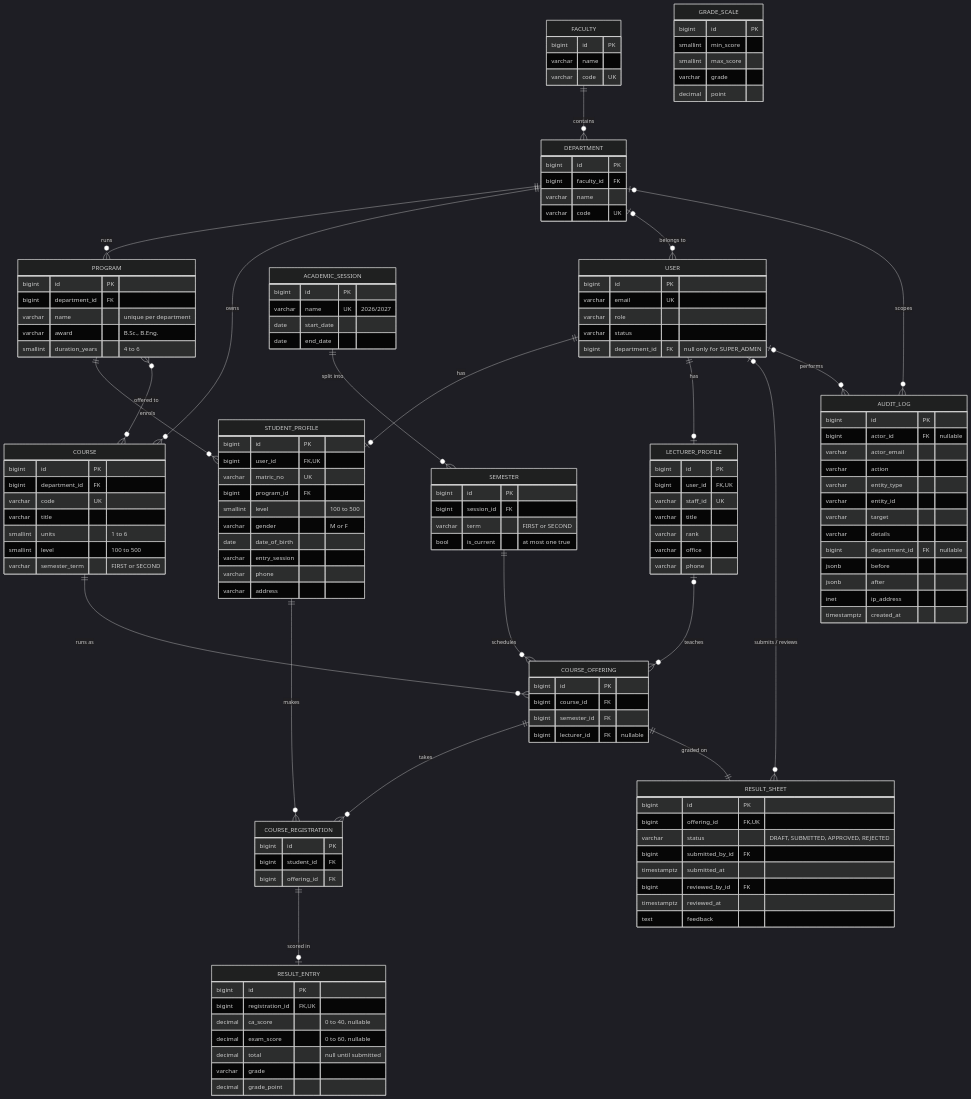
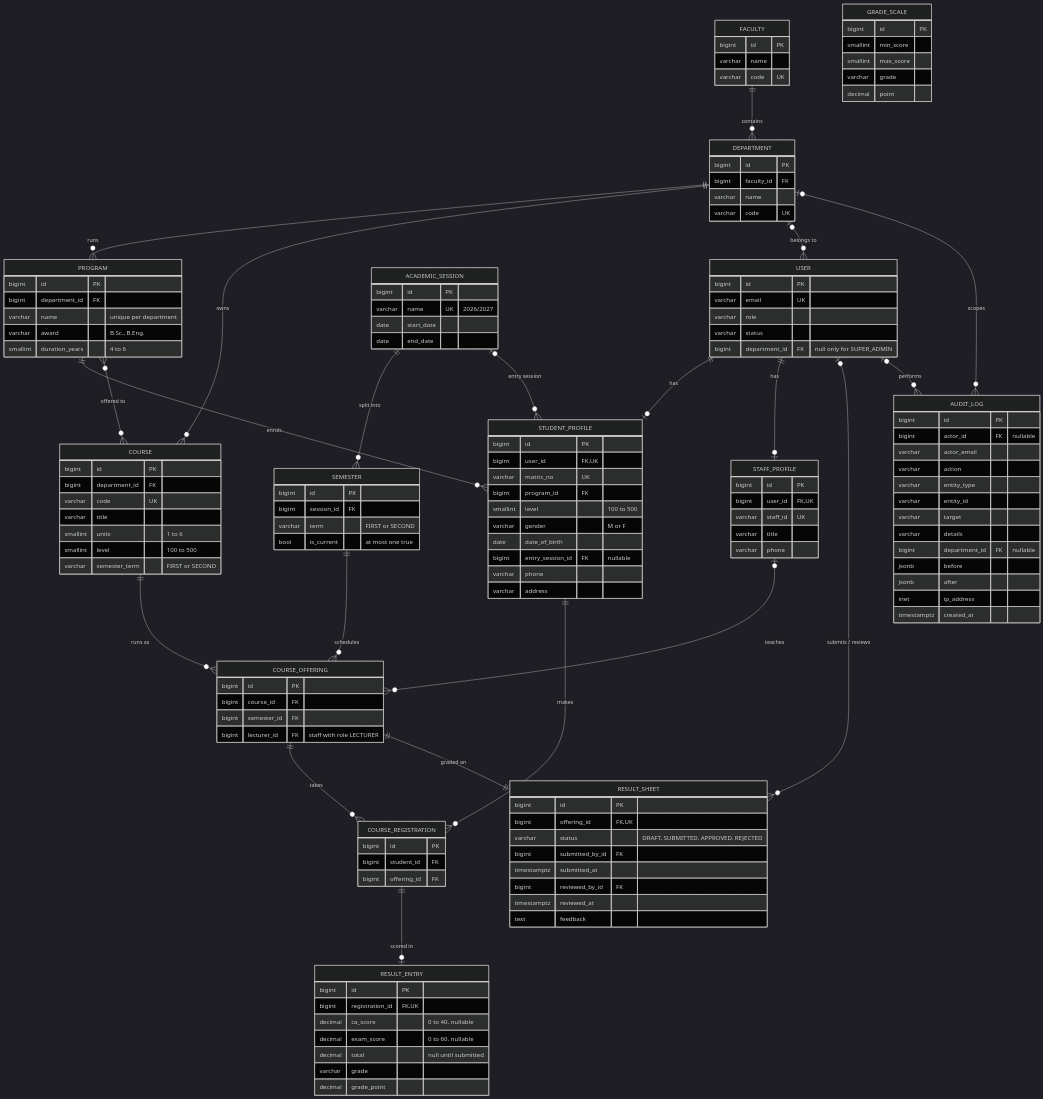
One commit to AbrahamAlgorithm/uemp changed the diagram in docs/database.md. Above: the diagram before and after it, drawn with Mermaid (dark theme). The commit also changed other lines of this file and 10 other files, not shown here.

Commit message:
feat(db): rename LecturerProfile to StaffProfile and link students to an entry session

```diff
--- a/docs/database.md
+++ b/docs/database.md
@@ -12,12 +12,13 @@
     DEPARTMENT |o--o{ USER : "belongs to"
     ACADEMIC_SESSION ||--o{ SEMESTER : "split into"
     USER ||--o| STUDENT_PROFILE : has
-    USER ||--o| LECTURER_PROFILE : has
+    USER ||--o| STAFF_PROFILE : has
     PROGRAM ||--o{ STUDENT_PROFILE : enrols
+    ACADEMIC_SESSION |o--o{ STUDENT_PROFILE : "entry session"
     PROGRAM }o--o{ COURSE : "offered to"
     COURSE ||--o{ COURSE_OFFERING : "runs as"
     SEMESTER ||--o{ COURSE_OFFERING : schedules
-    LECTURER_PROFILE |o--o{ COURSE_OFFERING : teaches
+    STAFF_PROFILE |o--o{ COURSE_OFFERING : teaches
     STUDENT_PROFILE ||--o{ COURSE_REGISTRATION : makes
     COURSE_OFFERING ||--o{ COURSE_REGISTRATION : takes
     COURSE_OFFERING ||--|| RESULT_SHEET : "graded on"
@@ -71,17 +72,15 @@
         smallint level "100 to 500"
         varchar gender "M or F"
         date date_of_birth
-        varchar entry_session
+        bigint entry_session_id FK "nullable"
         varchar phone
         varchar address
     }
-    LECTURER_PROFILE {
+    STAFF_PROFILE {
         bigint id PK
         bigint user_id FK, UK
         varchar staff_id UK
         varchar title
-        varchar rank
-        varchar office
         varchar phone
     }
     COURSE {
@@ -97,7 +96,7 @@
         bigint id PK
         bigint course_id FK
         bigint semester_id FK
-        bigint lecturer_id FK "nullable"
+        bigint lecturer_id FK "staff with role LECTURER"
     }
     COURSE_REGISTRATION {
         bigint id PK
```
